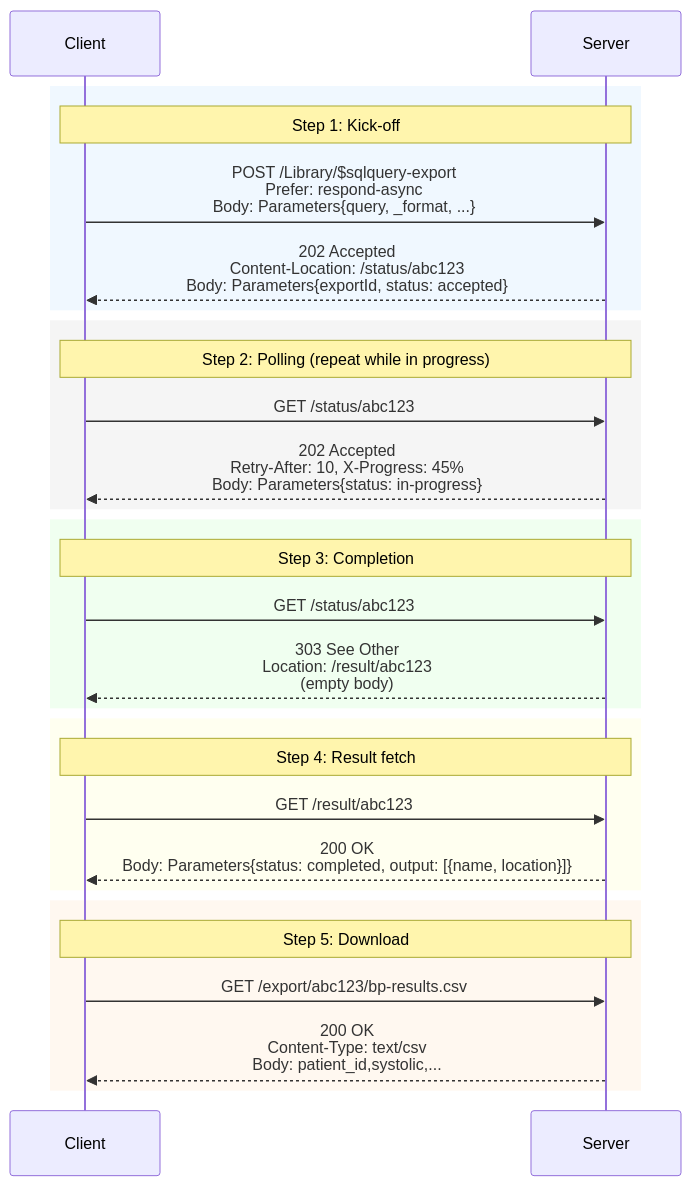
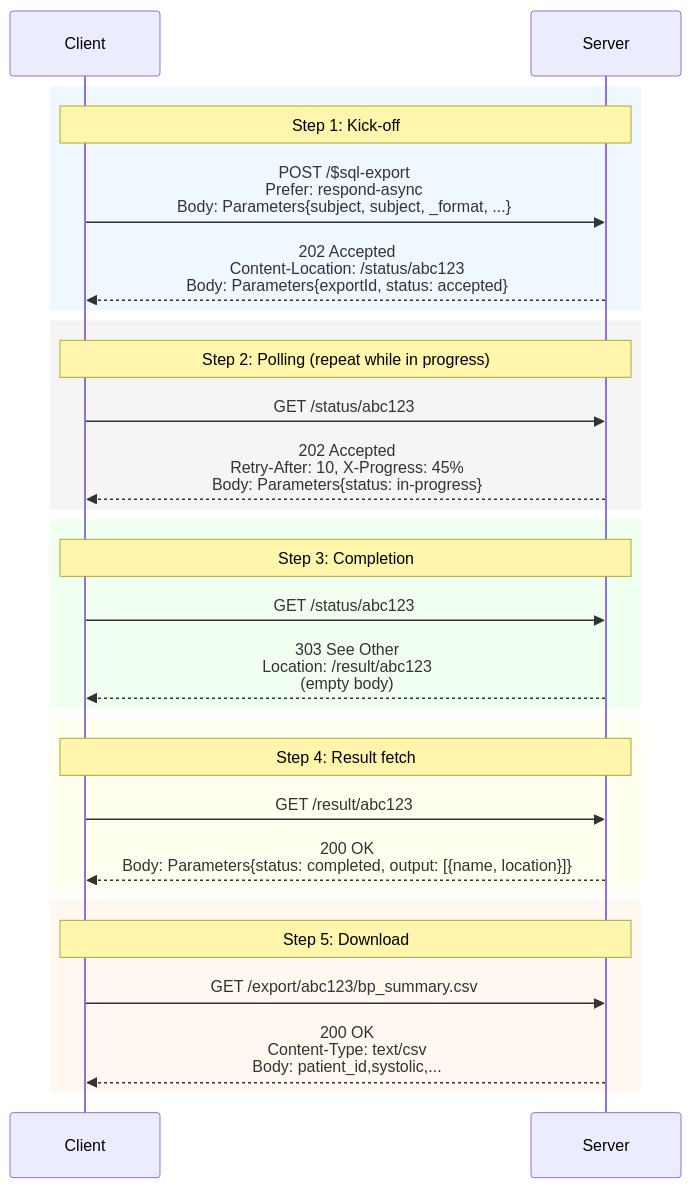
The first of 3 diagrams in input/pagecontent/OperationDefinition-SQLExport-notes.md (HL7/sql-on-fhir), drawn with Mermaid before and after one commit. The commit also changed other lines of this file and 1 other file, not shown here.

Commit message:
Document $sql-export over a mixed set of subjects

````diff
--- a/input/pagecontent/OperationDefinition-SQLExport-notes.md
+++ b/input/pagecontent/OperationDefinition-SQLExport-notes.md
@@ -21,35 +23,35 @@
 ```mermaid
 sequenceDiagram
     participant C as Client
     participant S as Server
 
     rect rgb(240, 248, 255)
     Note over C,S: Step 1: Kick-off
-    C->>S: POST /Library/$sqlquery-export<br/>Prefer: respond-async<br/>Body: Parameters{query, _format, ...}
+    C->>S: POST /$sql-export<br/>Prefer: respond-async<br/>Body: Parameters{subject, subject, _format, ...}
     S-->>C: 202 Accepted<br/>Content-Location: /status/abc123<br/>Body: Parameters{exportId, status: accepted}
     end
 
     rect rgb(245, 245, 245)
     Note over C,S: Step 2: Polling (repeat while in progress)
     C->>S: GET /status/abc123
     S-->>C: 202 Accepted<br/>Retry-After: 10, X-Progress: 45%<br/>Body: Parameters{status: in-progress}
     end
 
     rect rgb(240, 255, 240)
     Note over C,S: Step 3: Completion
     C->>S: GET /status/abc123
     S-->>C: 303 See Other<br/>Location: /result/abc123<br/>(empty body)
     end
 
     rect rgb(255, 255, 240)
     Note over C,S: Step 4: Result fetch
     C->>S: GET /result/abc123
     S-->>C: 200 OK<br/>Body: Parameters{status: completed, output: [{name, location}]}
     end
 
     rect rgb(255, 248, 240)
     Note over C,S: Step 5: Download
-    C->>S: GET /export/abc123/bp-results.csv
+    C->>S: GET /export/abc123/bp_summary.csv
     S-->>C: 200 OK<br/>Content-Type: text/csv<br/>Body: patient_id,systolic,...
     end
 ```
````
